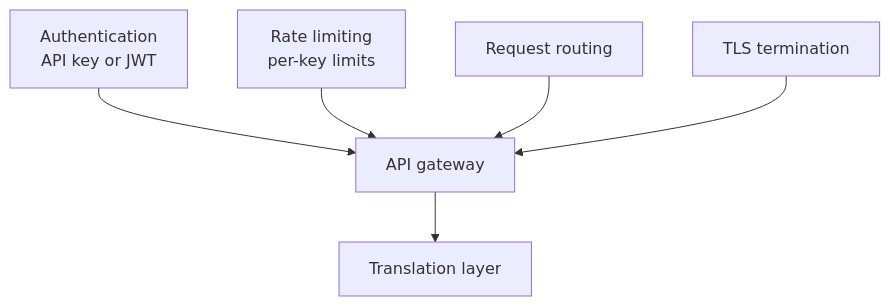
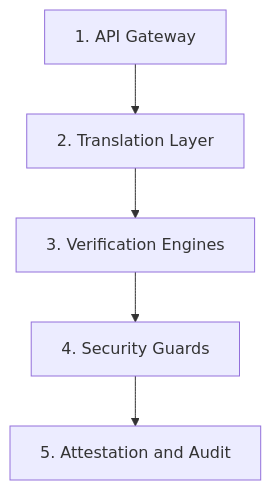
One commit to QWED-AI/docs changed the second of 3 diagrams in architecture.mdx. Above: the diagram before and after it, drawn with Mermaid. The commit also changed other lines of this file and 4 other files, not shown here.

Commit message:
Refactor docs IA and architecture content for clarity

````diff
--- a/architecture.mdx
+++ b/architecture.mdx
@@ -36,8 +29,7 @@
 ```mermaid
 flowchart TB
-    A[API gateway] --> T[Translation layer]
-    A1[Authentication\nAPI key or JWT] --> A
-    A2[Rate limiting\nper-key limits] --> A
-    A3[Request routing] --> A
-    A4[TLS termination] --> A
+    A[1. API Gateway] --> B[2. Translation Layer]
+    B --> C[3. Verification Engines]
+    C --> D[4. Security Guards]
+    D --> E[5. Attestation and Audit]
 ```
````
